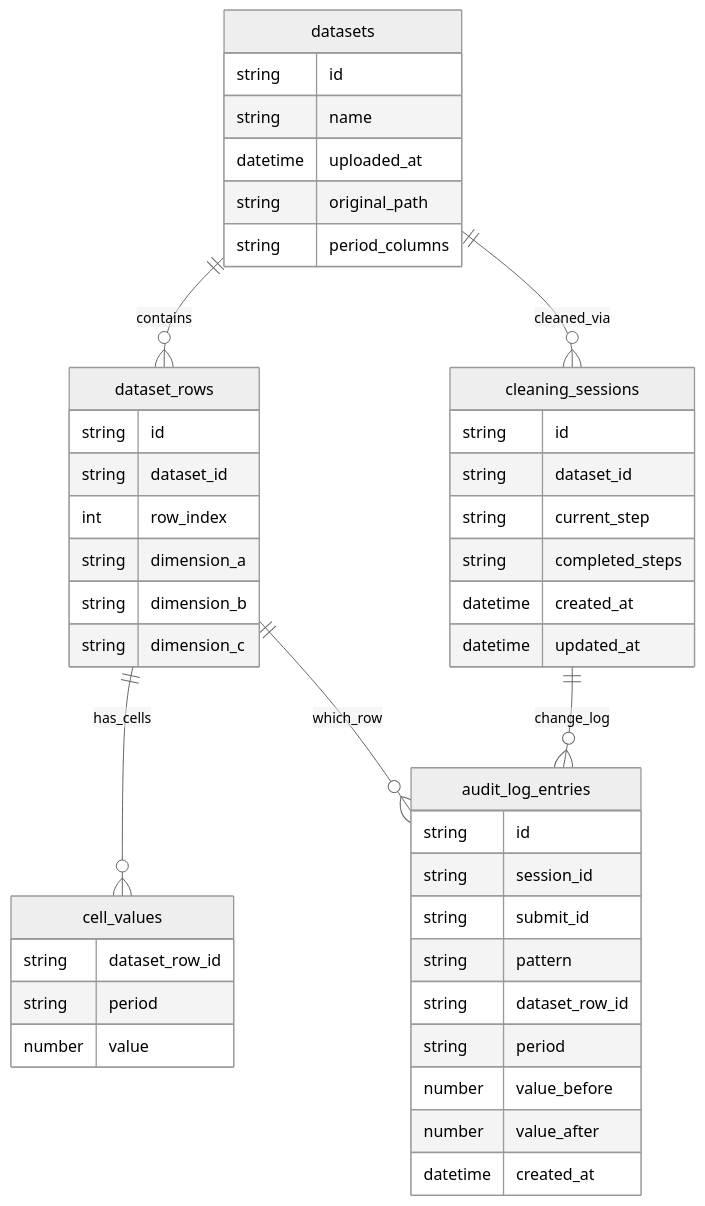
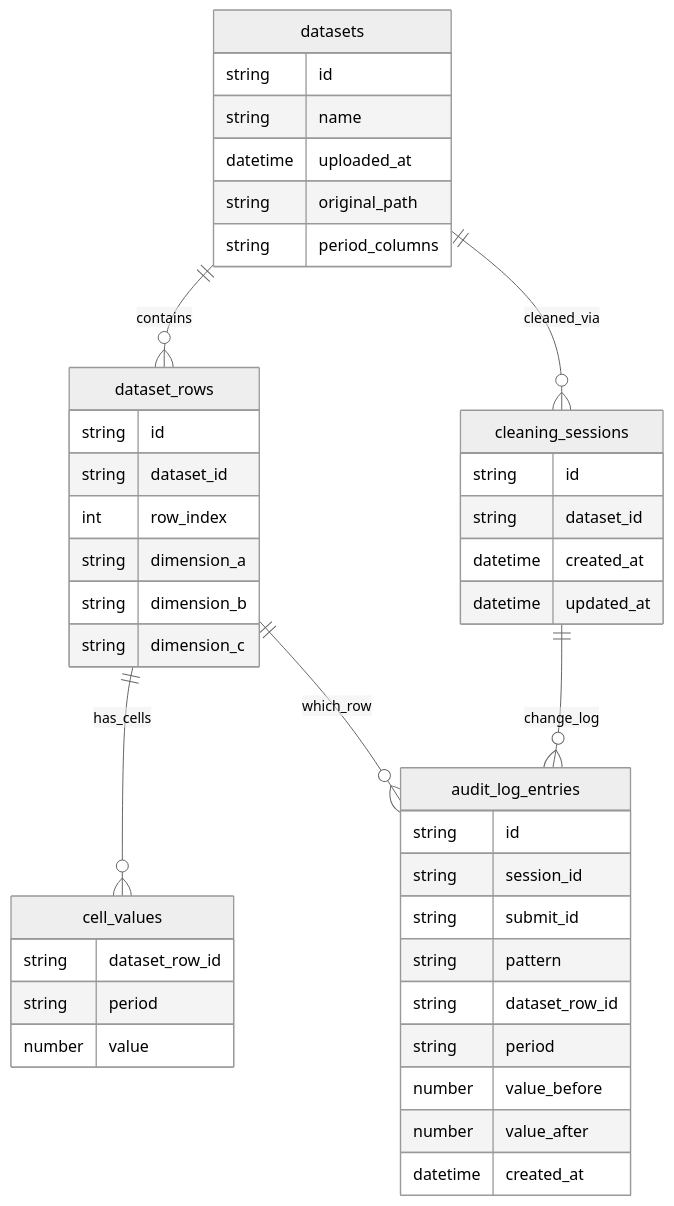
The first of 6 diagrams in docs/database-schema.md (EmmS21/keyestakehome), drawn with Mermaid (neutral theme) before and after one commit. The commit also changed other lines of this file and 21 other files, not shown here.

````diff
--- a/docs/database-schema.md
+++ b/docs/database-schema.md
@@ -9,52 +9,50 @@
 ```mermaid
 erDiagram
   datasets ||--o{ dataset_rows : contains
   datasets ||--o{ cleaning_sessions : cleaned_via
   dataset_rows ||--o{ cell_values : has_cells
   cleaning_sessions ||--o{ audit_log_entries : change_log
   dataset_rows ||--o{ audit_log_entries : which_row
 
   datasets {
     string id
     string name
     datetime uploaded_at
     string original_path
     string period_columns
   }
 
   dataset_rows {
     string id
     string dataset_id
     int row_index
     string dimension_a
     string dimension_b
     string dimension_c
   }
 
   cell_values {
     string dataset_row_id
     string period
     number value
   }
 
   cleaning_sessions {
     string id
     string dataset_id
-    string current_step
-    string completed_steps
     datetime created_at
     datetime updated_at
   }
 
   audit_log_entries {
     string id
     string session_id
     string submit_id
     string pattern
     string dataset_row_id
     string period
     number value_before
     number value_after
     datetime created_at
   }
 ```
````
